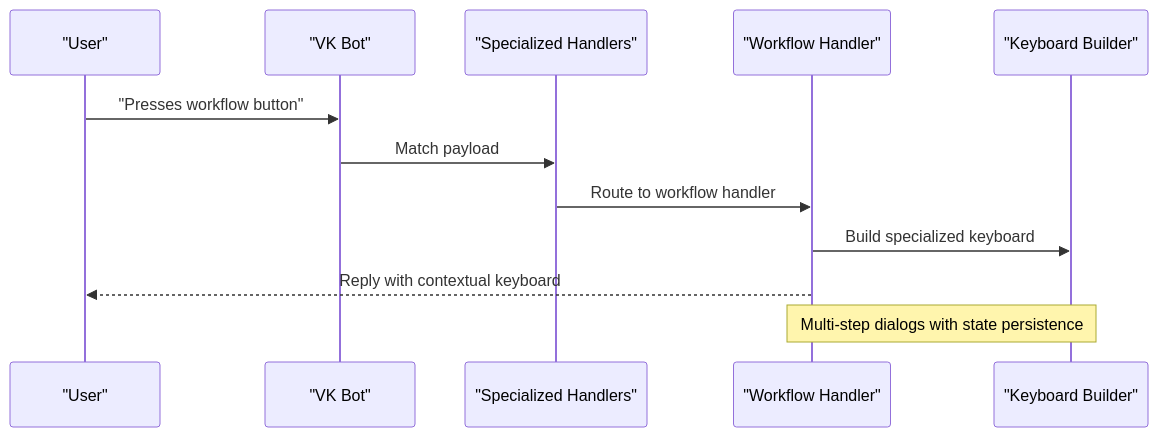
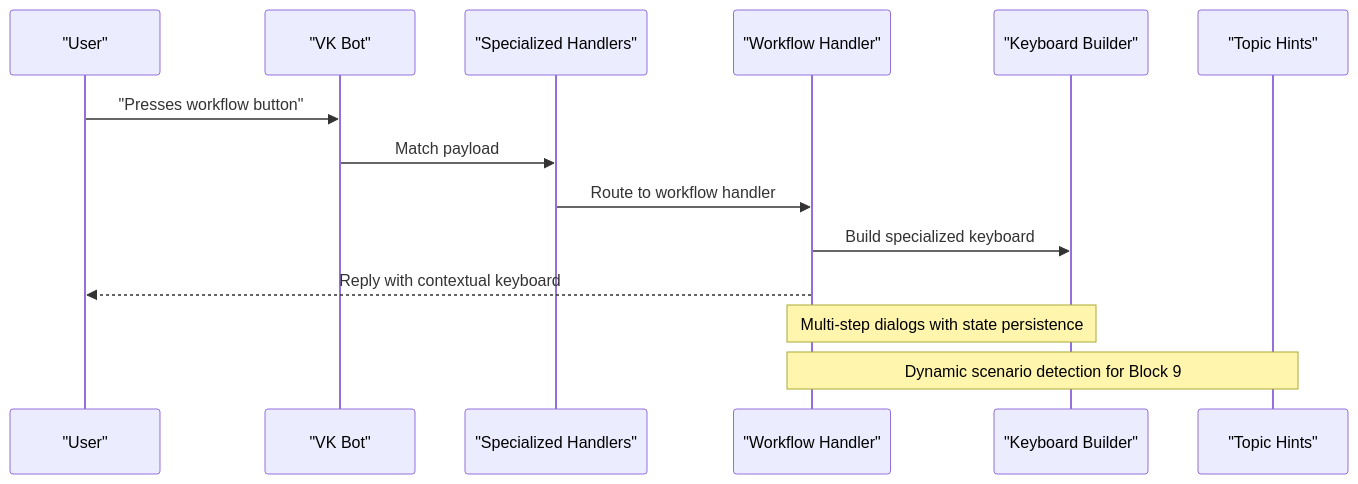
Before and after one commit to ognelis/cafetera_hr_bot: the second of 12 diagrams in .qoder/repowiki/en/content/Keyboard System.md, drawn with Mermaid. The commit also changed other lines of this file and 10 other files, not shown here.

````diff
--- a/.qoder/repowiki/en/content/Keyboard System.md
+++ b/.qoder/repowiki/en/content/Keyboard System.md
@@ -130,14 +141,16 @@
 ```mermaid
 sequenceDiagram
 participant User as "User"
 participant Bot as "VK Bot"
 participant Labelers as "Specialized Handlers"
 participant Handler as "Workflow Handler"
 participant KB as "Keyboard Builder"
+participant TH as "Topic Hints"
 User->>Bot : "Presses workflow button"
 Bot->>Labelers : Match payload
 Labelers->>Handler : Route to workflow handler
 Handler->>KB : Build specialized keyboard
 Handler-->>User : Reply with contextual keyboard
 Note over Handler,KB : Multi-step dialogs with state persistence
+Note over Handler,TH : Dynamic scenario detection for Block 9
 ```
````
